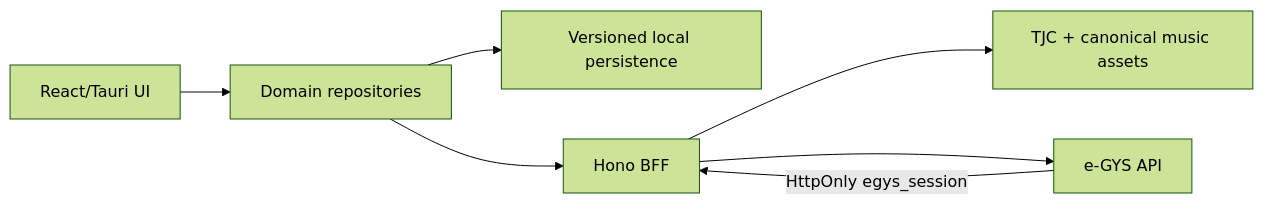
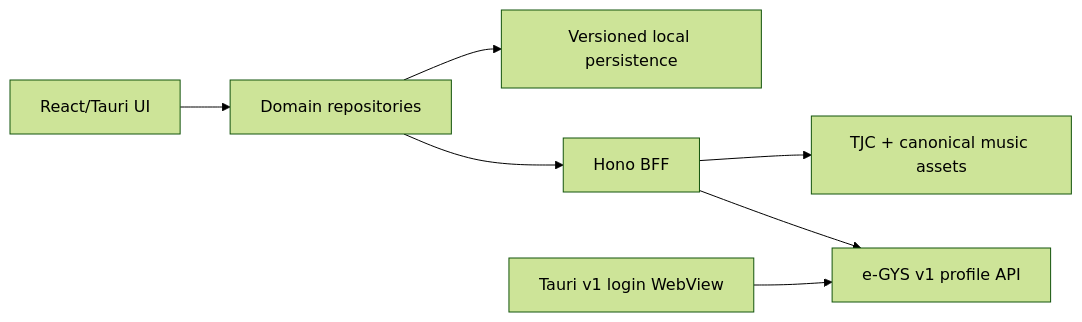
Before and after one commit to gyspnk/GYSApp-Tauri: the first of 8 diagrams in README.md, drawn with Mermaid (forest theme). The commit also changed other lines of this file and 77 other files, not shown here.

````diff
--- a/README.md
+++ b/README.md
@@ -41,9 +41,9 @@
 ```mermaid
 flowchart LR
   UI[React/Tauri UI] --> DOMAIN[Domain repositories]
   DOMAIN --> LOCAL[Versioned local persistence]
   DOMAIN --> BFF[Hono BFF]
   BFF --> CONTENT[TJC + canonical music assets]
-  BFF --> EGYS[e-GYS API]
-  EGYS -->|HttpOnly egys_session| BFF
+  BFF --> EGYS[e-GYS v1 profile API]
+  TAURI[Tauri v1 login WebView] --> EGYS
 ```
````
